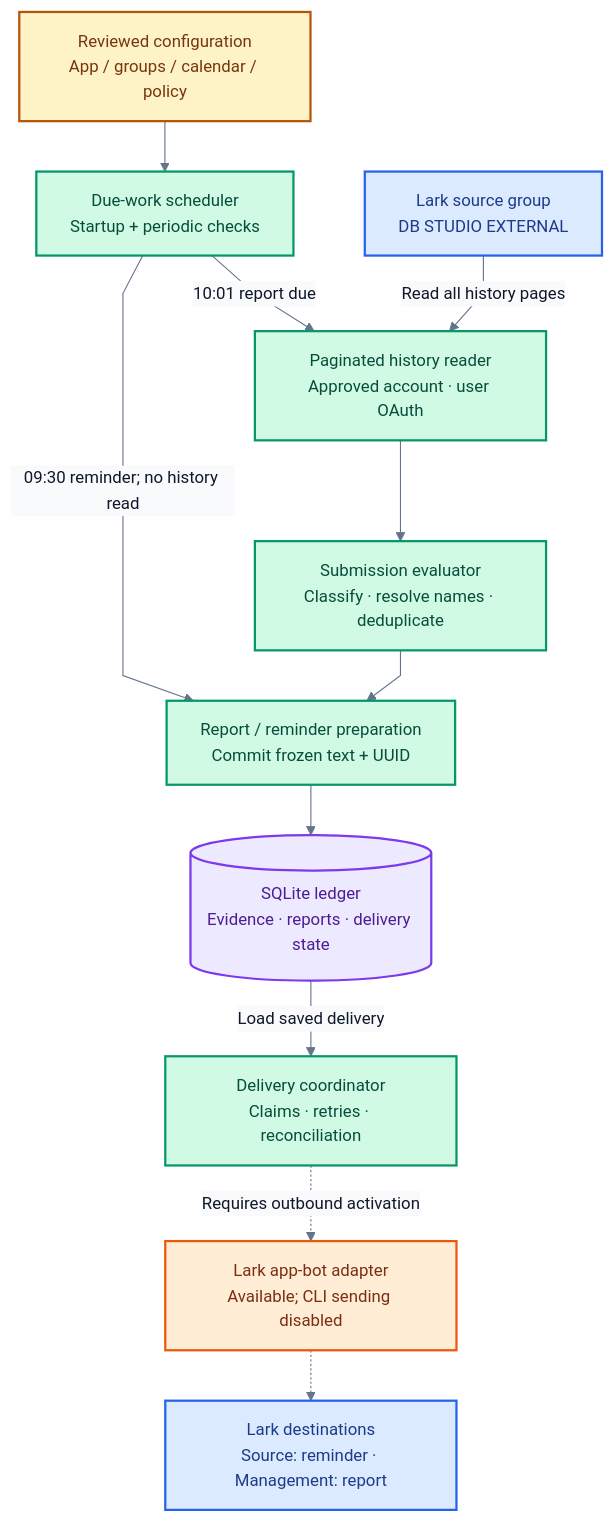
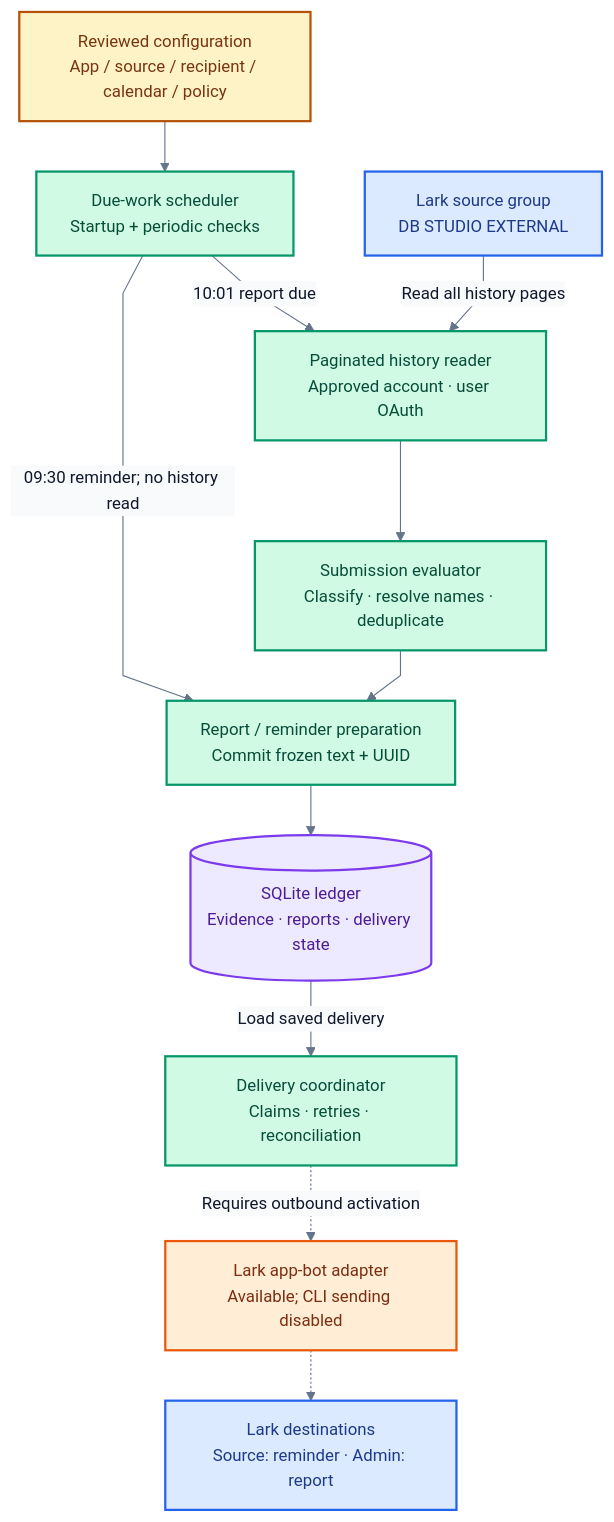
One commit to mbeka02/task-list-submission-automation changed the first of 5 diagrams in README.md. Above: the diagram before and after it, drawn with Mermaid. The commit also changed other lines of this file and 5 other files, not shown here.

````diff
--- a/README.md
+++ b/README.md
@@ -51,31 +52,31 @@
 ```mermaid
 %%{init: {"theme":"base","fontFamily":"sans-serif","themeVariables":{"fontFamily":"sans-serif","fontSize":"15px","lineColor":"#64748b","primaryTextColor":"#0f172a","edgeLabelBackground":"#f8fafc"},"flowchart":{"curve":"linear","nodeSpacing":40,"rankSpacing":45}}}%%
 flowchart TB
-    CONFIG["Reviewed configuration<br/>App / groups / calendar / policy"]:::config
+    CONFIG["Reviewed configuration<br/>App / source / recipient / calendar / policy"]:::config
     SCHEDULE["Due-work scheduler<br/>Startup + periodic checks"]:::worker
     SOURCE["Lark source group<br/>DB STUDIO EXTERNAL"]:::lark
     READER["Paginated history reader<br/>Approved account · user OAuth"]:::worker
     EVALUATE["Submission evaluator<br/>Classify · resolve names · deduplicate"]:::worker
     FREEZE["Report / reminder preparation<br/>Commit frozen text + UUID"]:::worker
     LEDGER[("SQLite ledger<br/>Evidence · reports · delivery state")]:::storage
     DELIVERY["Delivery coordinator<br/>Claims · retries · reconciliation"]:::worker
     BOT["Lark app-bot adapter<br/>Available; CLI sending disabled"]:::outbound
-    TARGETS["Lark destinations<br/>Source: reminder · Management: report"]:::lark
+    TARGETS["Lark destinations<br/>Source: reminder · Admin: report"]:::lark
 
     CONFIG --> SCHEDULE
     SCHEDULE -->|10:01 report due| READER
     SOURCE -->|Read all history pages| READER
     READER --> EVALUATE
     EVALUATE --> FREEZE
     SCHEDULE -->|09:30 reminder; no history read| FREEZE
     FREEZE --> LEDGER
     LEDGER -->|Load saved delivery| DELIVERY
     DELIVERY -.->|Requires outbound activation| BOT
     BOT -.-> TARGETS
 
     classDef config fill:#fef3c7,stroke:#b45309,color:#78350f,stroke-width:2px;
     classDef lark fill:#dbeafe,stroke:#2563eb,color:#1e3a8a,stroke-width:2px;
     classDef worker fill:#d1fae5,stroke:#059669,color:#064e3b,stroke-width:2px;
     classDef storage fill:#ede9fe,stroke:#7c3aed,color:#4c1d95,stroke-width:2px;
     classDef outbound fill:#ffedd5,stroke:#ea580c,color:#7c2d12,stroke-width:2px;
 ```
````
